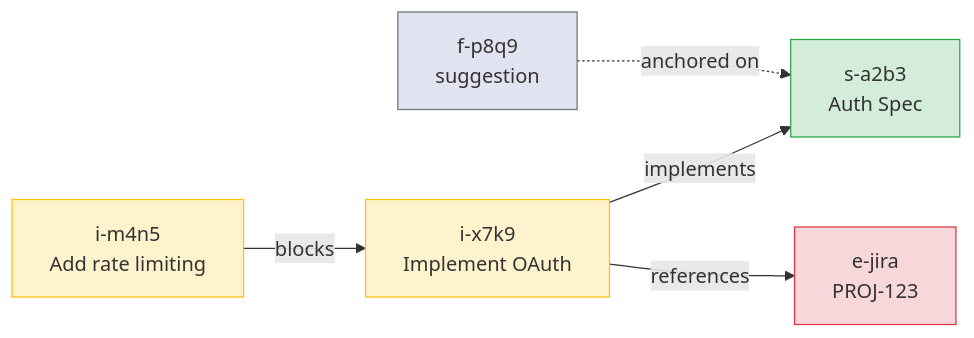
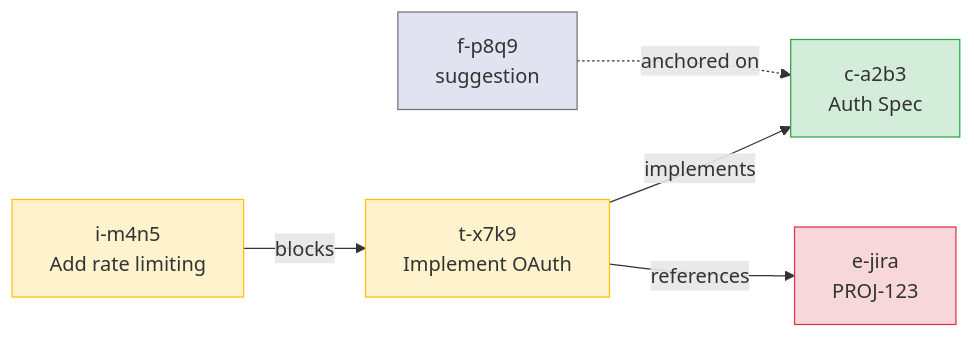
One commit to alexngai/opentasks changed the second of 5 diagrams in README.md. Above: the diagram before and after it, drawn with Mermaid. The commit also changed other lines of this file and 90 other files, not shown here.

````diff
--- a/README.md
+++ b/README.md
@@ -139,19 +139,19 @@
 ```mermaid
 graph LR
-    S["s-a2b3<br/>Auth Spec"]
-    I1["i-x7k9<br/>Implement OAuth"]
+    S["c-a2b3<br/>Auth Spec"]
+    I1["t-x7k9<br/>Implement OAuth"]
     I2["i-m4n5<br/>Add rate limiting"]
     F["f-p8q9<br/>suggestion"]
     EXT["e-jira<br/>PROJ-123"]
 
     I1 -- "implements" --> S
     I2 -- "blocks" --> I1
     F -. "anchored on" .-> S
     I1 -- "references" --> EXT
 
     style S fill:#d4edda,stroke:#28a745
     style I1 fill:#fff3cd,stroke:#ffc107
     style I2 fill:#fff3cd,stroke:#ffc107
     style F fill:#e2e3f1,stroke:#6c757d
     style EXT fill:#f8d7da,stroke:#dc3545
 ```
````
